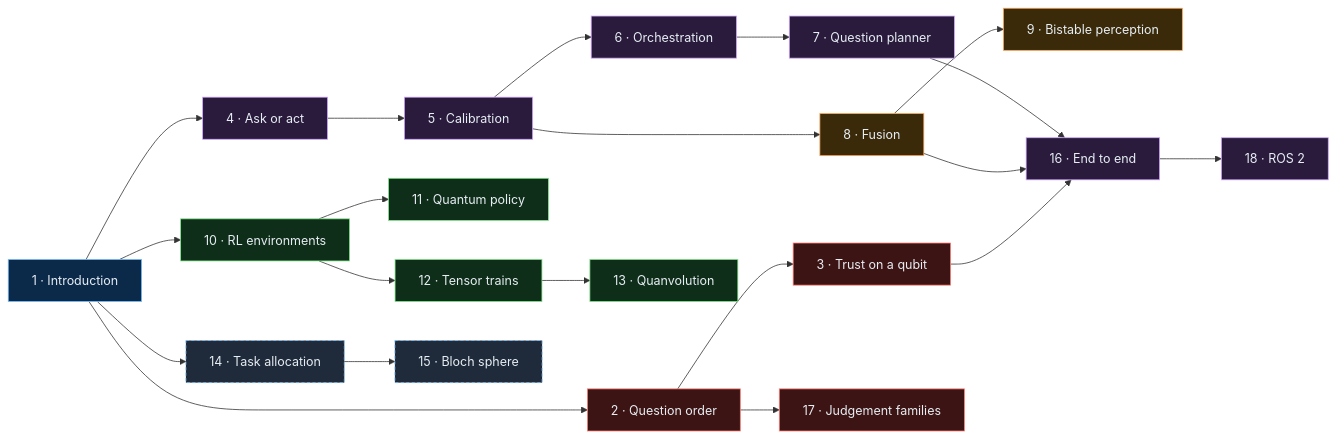
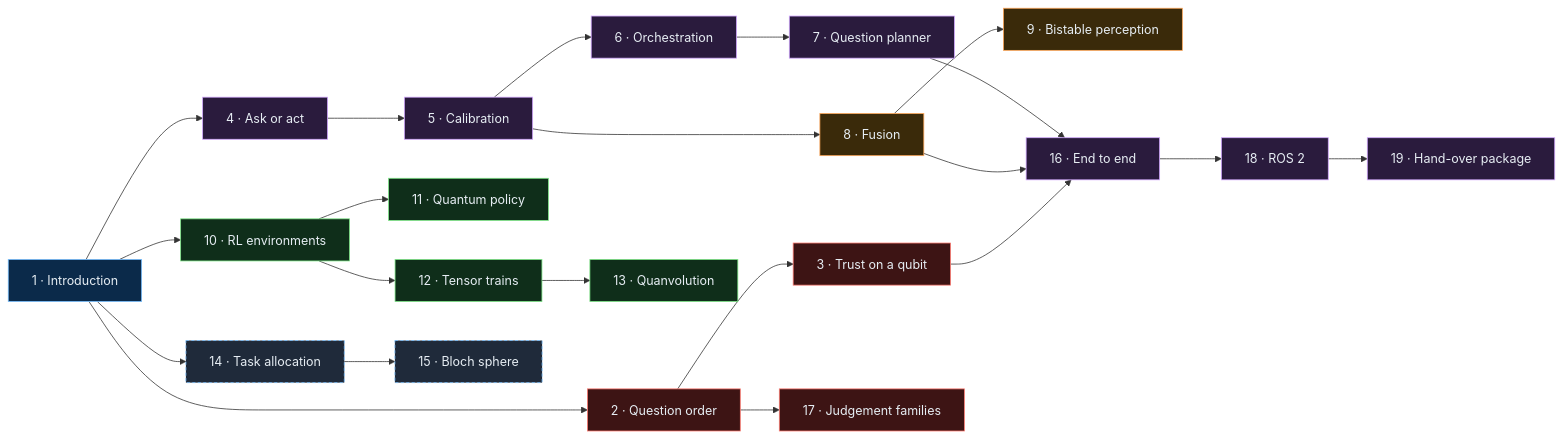
One commit to yeshwanthguru/Quantum-mind changed the diagram in docs/tutorials/index.md. Above: the diagram before and after it, drawn with Mermaid. The commit also changed other lines of this file and 21 other files, not shown here.

First line of the commit message:
Trust-aware hand-over as an installable package (tutorial 19), and references.bib

````diff
--- a/docs/tutorials/index.md
+++ b/docs/tutorials/index.md
@@ -12,21 +12,21 @@
 ```{mermaid}
 flowchart LR
     accTitle: Reading order of the tutorials
-    accDescr: The introduction leads to five tracks: models of people (2, 3, 17), the robot decision layer (4 to 7, then 16 and 18), perception (8, 9), learning (10 to 13) and quantum computing (14, 15).
+    accDescr: The introduction leads to five tracks: models of people (2, 3, 17), the robot decision layer (4 to 7, then 16, 18 and the packaged hand-over use case 19), perception (8, 9), learning (10 to 13) and quantum computing (14, 15).
     T1["1 · Introduction"]:::a --> T2["2 · Question order"]:::h --> T3["3 · Trust on a qubit"]:::h
     T1 --> T4["4 · Ask or act"]:::r --> T5["5 · Calibration"]:::r --> T6["6 · Orchestration"]:::r --> T7["7 · Question planner"]:::r
     T5 --> T8["8 · Fusion"]:::p --> T9["9 · Bistable perception"]:::p
     T1 --> T10["10 · RL environments"]:::l --> T11["11 · Quantum policy"]:::l
     T10 --> T12["12 · Tensor trains"]:::l --> T13["13 · Quanvolution"]:::l
     T1 --> T14["14 · Task allocation"]:::q --> T15["15 · Bloch sphere"]:::q
     T2 --> T17["17 · Judgement families"]:::h
     T7 --> T16["16 · End to end"]:::r
     T8 --> T16
-    T3 --> T16 --> T18["18 · ROS 2"]:::r
+    T3 --> T16 --> T18["18 · ROS 2"]:::r --> T19["19 · Hand-over package"]:::r
     classDef a fill:#0b2a4a,stroke:#79c0ff,color:#e6edf3
     classDef h fill:#3d1414,stroke:#ff7b72,color:#e6edf3
     classDef r fill:#2a1b3d,stroke:#d2a8ff,color:#e6edf3
     classDef p fill:#3a2a0a,stroke:#ffa657,color:#e6edf3
     classDef l fill:#0f2e1a,stroke:#7ee787,color:#e6edf3
     classDef q fill:#1f2a3a,stroke:#79c0ff,color:#e6edf3,stroke-dasharray:4 3
 ```
````
